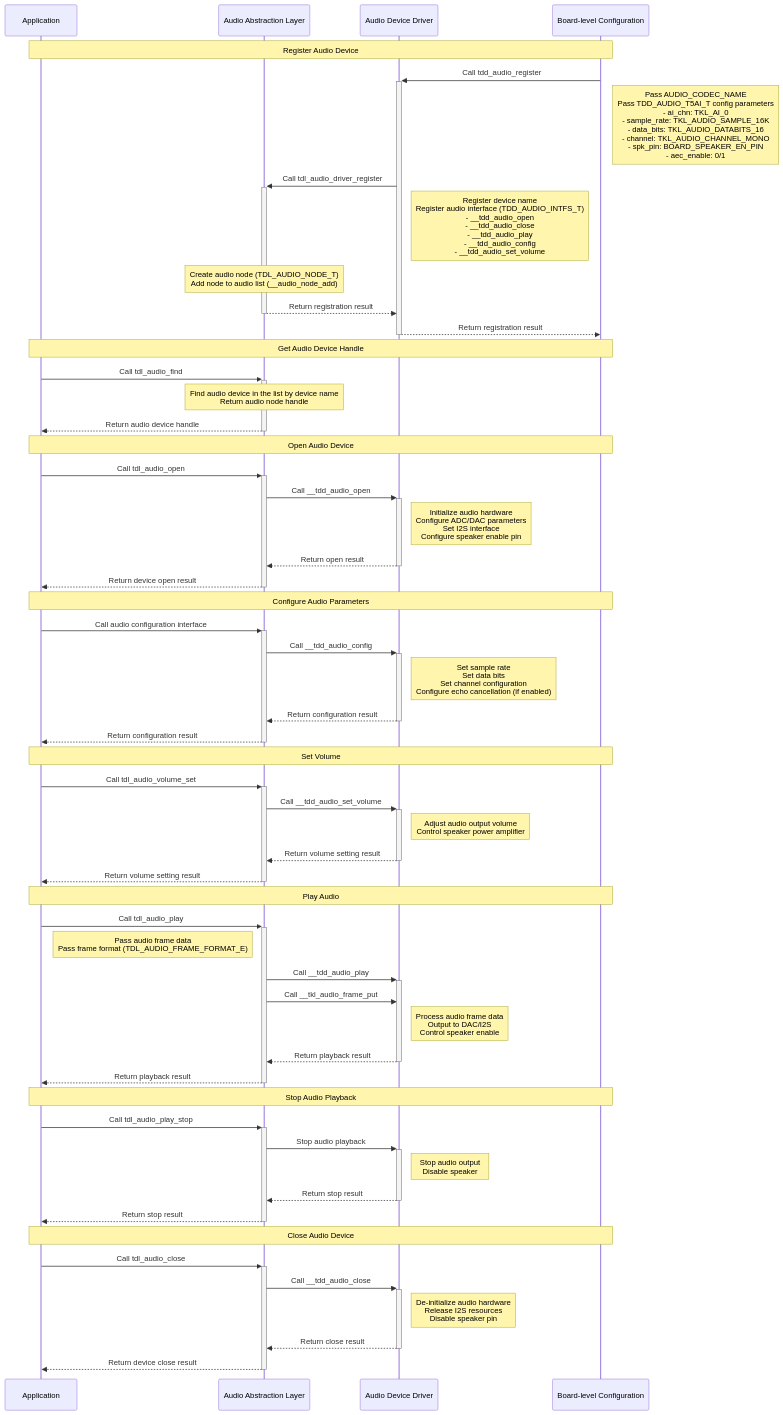
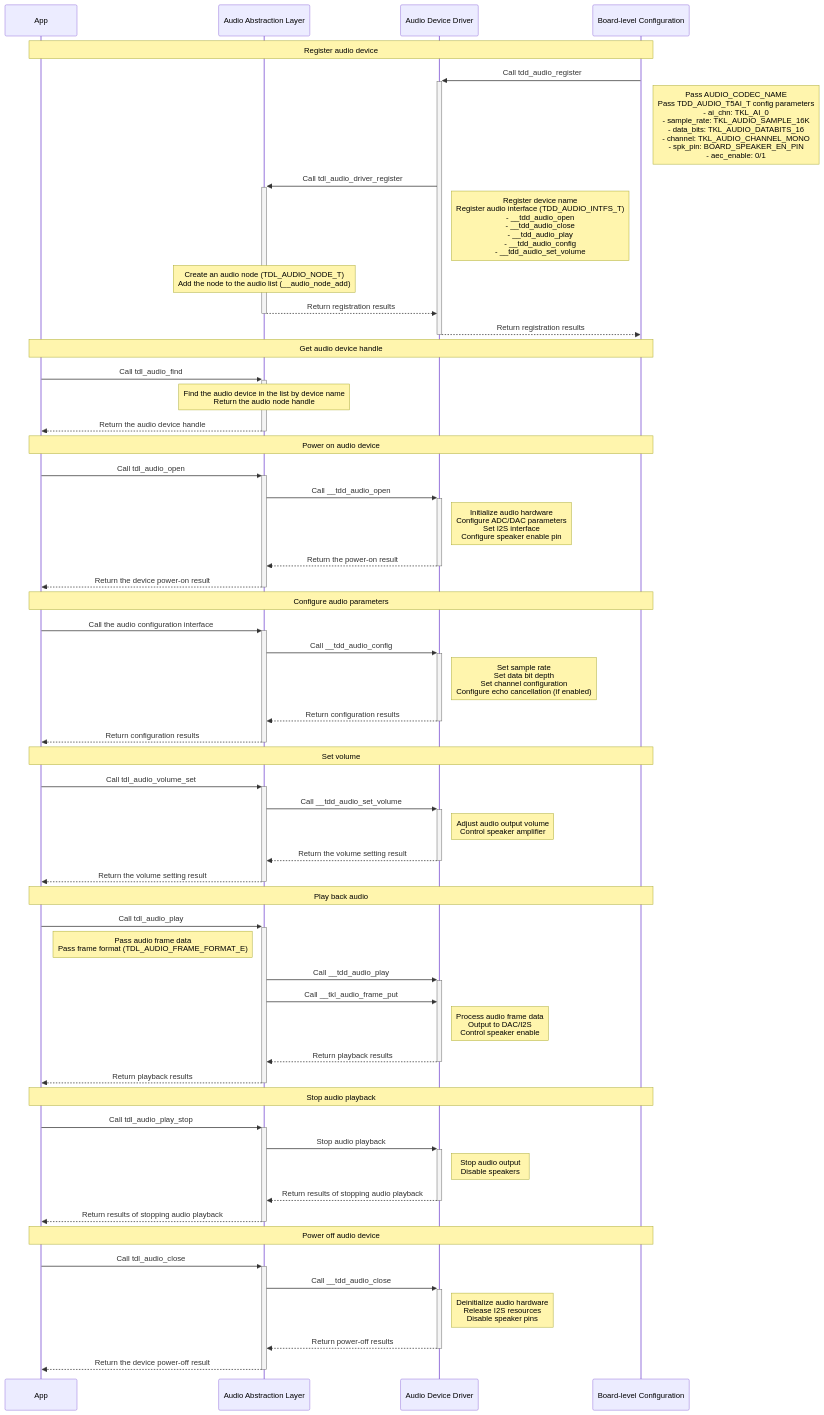
One commit to Tuya-Community/TuyaOpen.io changed the third of 3 diagrams in docs/peripheral/audio.md. Above: the diagram before and after it, drawn with Mermaid. The commit also changed other lines of this file, not shown here.

Commit message:
Update audio.md (#147)

````diff
--- a/docs/peripheral/audio.md
+++ b/docs/peripheral/audio.md
@@ -170,77 +171,77 @@
 ```mermaid
 sequenceDiagram
-    participant App as Application
+    participant App as App
     participant TAL as Audio Abstraction Layer
     participant TDD as Audio Device Driver
     participant Bd as Board-level Configuration
 
-    Note over App, Bd: Register Audio Device
-    
+    Note over App, Bd: Register audio device
+
     Bd->>+TDD: Call tdd_audio_register
     Note right of Bd: Pass AUDIO_CODEC_NAME<br/>Pass TDD_AUDIO_T5AI_T config parameters<br/>- ai_chn: TKL_AI_0<br/>- sample_rate: TKL_AUDIO_SAMPLE_16K<br/>- data_bits: TKL_AUDIO_DATABITS_16<br/>- channel: TKL_AUDIO_CHANNEL_MONO<br/>- spk_pin: BOARD_SPEAKER_EN_PIN<br/>- aec_enable: 0/1
-    
+
     TDD->>+TAL: Call tdl_audio_driver_register
     Note right of TDD: Register device name<br/>Register audio interface (TDD_AUDIO_INTFS_T)<br/>- __tdd_audio_open<br/>- __tdd_audio_close<br/>- __tdd_audio_play<br/>- __tdd_audio_config<br/>- __tdd_audio_set_volume
-    
-    Note over TAL: Create audio node (TDL_AUDIO_NODE_T)<br/>Add node to audio list (__audio_node_add)
-    
-    TAL-->>-TDD: Return registration result
-    TDD-->>-Bd: Return registration result
 
-    Note over App, Bd: Get Audio Device Handle
-    
+    Note over TAL: Create an audio node (TDL_AUDIO_NODE_T)<br/> Add the node to the audio list (__audio_node_add)
+
+    TAL-->>-TDD: Return registration results
+    TDD-->>-Bd: Return registration results
+
+    Note over App, Bd: Get audio device handle
+
     App->>+TAL: Call tdl_audio_find
-    Note over TAL: Find audio device in the list by device name<br/>Return audio node handle
-    TAL-->>-App: Return audio device handle
+    Note over TAL: Find the audio device in the list by device name<br/>Return the audio node handle
+    TAL-->>-App: Return the audio device handle
 
-    Note over App, Bd: Open Audio Device
-    
+    Note over App, Bd: Power on audio device
+
     App->>+TAL: Call tdl_audio_open
     TAL->>+TDD: Call __tdd_audio_open
     Note right of TDD: Initialize audio hardware<br/>Configure ADC/DAC parameters<br/>Set I2S interface<br/>Configure speaker enable pin
-    TDD-->>-TAL: Return open result
-    TAL-->>-App: Return device open result
+    TDD-->>-TAL: Return the power-on result
+    TAL-->>-App: Return the device power-on result
 
-    Note over App, Bd: Configure Audio Parameters
-    
-    App->>+TAL: Call audio configuration interface
+    Note over App, Bd: Configure audio parameters
+
+    App->>+TAL: Call the audio configuration interface
     TAL->>+TDD: Call __tdd_audio_config
-    Note right of TDD: Set sample rate<br/>Set data bits<br/>Set channel configuration<br/>Configure echo cancellation (if enabled)
-    TDD-->>-TAL: Return configuration result
-    TAL-->>-App: Return configuration result
+    Note right of TDD: Set sample rate<br/> Set data bit depth<br/> Set channel configuration<br/> Configure echo cancellation (if enabled)
+    TDD-->>-TAL: Return configuration results
+    TAL-->>-App: Return configuration results
 
-    Note over App, Bd: Set Volume
-    
+    Note over App, Bd: Set volume
+
     App->>+TAL: Call tdl_audio_volume_set
     TAL->>+TDD: Call __tdd_audio_set_volume
-    Note right of TDD: Adjust audio output volume<br/>Control speaker power amplifier
-    TDD-->>-TAL: Return volume setting result
-    TAL-->>-App: Return volume setting result
+    Note right of TDD: Adjust audio output volume<br/>Control speaker amplifier
+    TDD-->>-TAL: Return the volume setting result
+    TAL-->>-App: Return the volume setting result
 
-    Note over App, Bd: Play Audio
-    
+    Note over App, Bd: Play back audio
+
     App->>+TAL: Call tdl_audio_play
     Note right of App: Pass audio frame data<br/>Pass frame format (TDL_AUDIO_FRAME_FORMAT_E)
     TAL->>+TDD: Call __tdd_audio_play
     TAL->>TDD: Call __tkl_audio_frame_put
-    Note right of TDD: Process audio frame data<br/>Output to DAC/I2S<br/>Control speaker enable
-    TDD-->>-TAL: Return playback result
-    TAL-->>-App: Return playback result
+    Note right of TDD: Process audio frame data<br/> Output to DAC/I2S<br/> Control speaker enable
+    TDD-->>-TAL: Return playback results
+    TAL-->>-App: Return playback results
 
-    Note over App, Bd: Stop Audio Playback
-    
+    Note over App, Bd: Stop audio playback
+
     App->>+TAL: Call tdl_audio_play_stop
     TAL->>+TDD: Stop audio playback
-    Note right of TDD: Stop audio output<br/>Disable speaker
-    TDD-->>-TAL: Return stop result
-    TAL-->>-App: Return stop result
+    Note right of TDD: Stop audio output<br/>Disable speakers
+    TDD-->>-TAL: Return results of stopping audio playback
+    TAL-->>-App: Return results of stopping audio playback
 
-    Note over App, Bd: Close Audio Device
-    
+    Note over App, Bd: Power off audio device
+
     App->>+TAL: Call tdl_audio_close
     TAL->>+TDD: Call __tdd_audio_close
-    Note right of TDD: De-initialize audio hardware<br/>Release I2S resources<br/>Disable speaker pin
-    TDD-->>-TAL: Return close result
-    TAL-->>-App: Return device close result
+    Note right of TDD: Deinitialize audio hardware<br/> Release I2S resources<br/>Disable speaker pins
+    TDD-->>-TAL: Return power-off results
+    TAL-->>-App: Return the device power-off result
 
 ```
````
